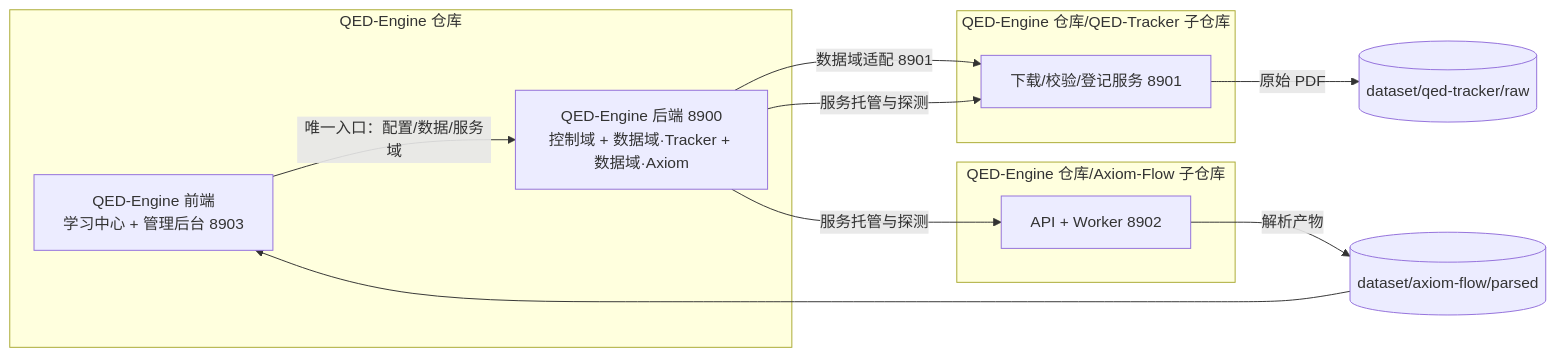
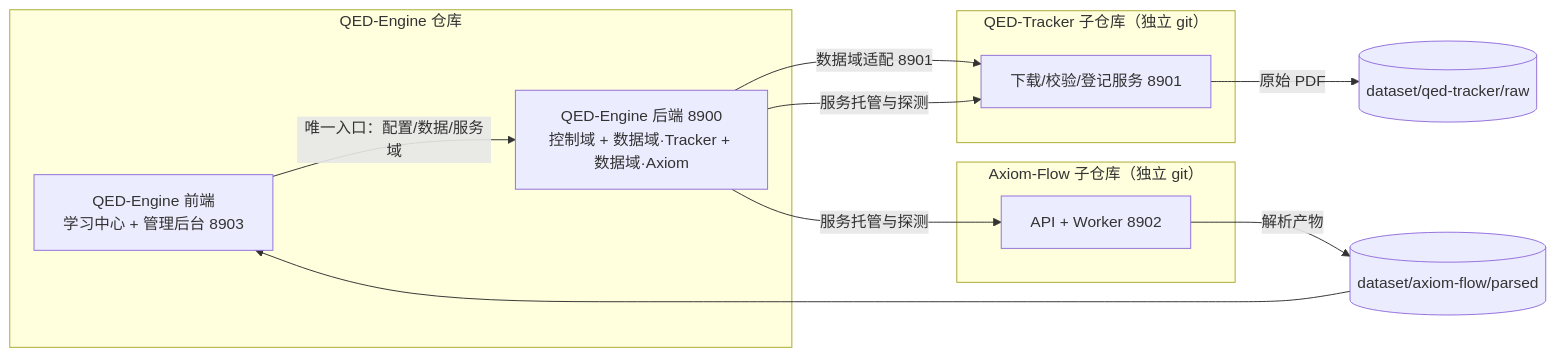
The diagram in docs/architecture/four-service-architecture.md (swfswf1234/QED-Engine), drawn with Mermaid before and after one commit. The commit also changed other lines of this file and 100 other files, not shown here.

Commit message:
docs: 设计文档同步——架构图解 + 本地开发环境 + 测试契约更新

````diff
--- a/docs/architecture/four-service-architecture.md
+++ b/docs/architecture/four-service-architecture.md
@@ -16,21 +17,21 @@
 ```mermaid
 flowchart LR
     subgraph Root[QED-Engine 仓库]
         FE[QED-Engine 前端<br/>学习中心 + 管理后台 8903]
         CC[QED-Engine 后端 8900<br/>控制域 + 数据域·Tracker + 数据域·Axiom]
     end
-    subgraph AF[QED-Engine 仓库/Axiom-Flow 子仓库]
+    subgraph AF[Axiom-Flow 子仓库（独立 git）]
         A[API + Worker 8902]
     end
-    subgraph TR[QED-Engine 仓库/QED-Tracker 子仓库]
+    subgraph TR[QED-Tracker 子仓库（独立 git）]
         T[下载/校验/登记服务 8901]
     end
 
     FE -->|唯一入口：配置/数据/服务域| CC
     CC -->|数据域适配 8901| T
     CC -->|服务托管与探测| T
     CC -->|服务托管与探测| A
     T -->|原始 PDF| R[(dataset/qed-tracker/raw)]
     A -->|解析产物| P[(dataset/axiom-flow/parsed)]
     P --> FE
 ```
````
